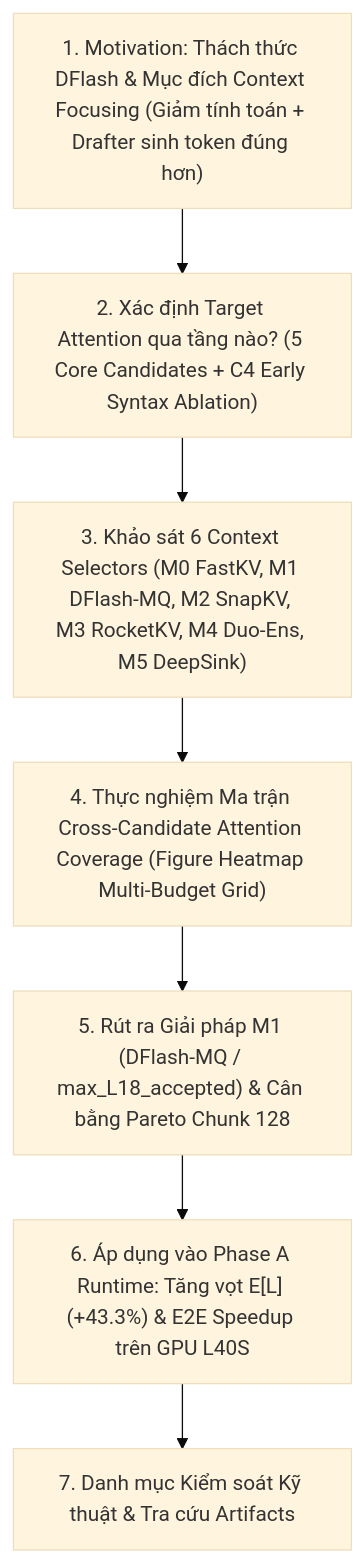
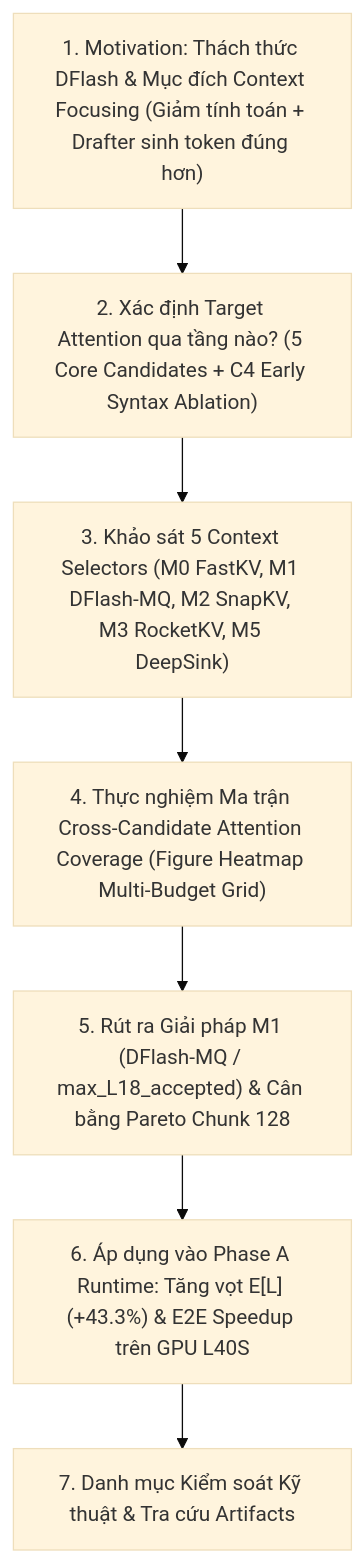
The diagram in docs/_INSIGHT/PHASE_A_MASTER.md (tranphuc15122004/fast_infer_for_text_sum), drawn with Mermaid (base theme) before and after one commit. The commit also changed 3 other files, not shown here.

````diff
--- a/docs/_INSIGHT/PHASE_A_MASTER.md
+++ b/docs/_INSIGHT/PHASE_A_MASTER.md
@@ -9,10 +9,10 @@
 ```mermaid
 flowchart TD
     A["1. Motivation: Thách thức DFlash & Mục đích Context Focusing (Giảm tính toán + Drafter sinh token đúng hơn)"] 
     --> B["2. Xác định Target Attention qua tầng nào? (5 Core Candidates + C4 Early Syntax Ablation)"]
-    --> C["3. Khảo sát 6 Context Selectors (M0 FastKV, M1 DFlash-MQ, M2 SnapKV, M3 RocketKV, M4 Duo-Ens, M5 DeepSink)"]
+    --> C["3. Khảo sát 5 Context Selectors (M0 FastKV, M1 DFlash-MQ, M2 SnapKV, M3 RocketKV, M5 DeepSink)"]
     --> D["4. Thực nghiệm Ma trận Cross-Candidate Attention Coverage (Figure Heatmap Multi-Budget Grid)"]
     --> E["5. Rút ra Giải pháp M1 (DFlash-MQ / max_L18_accepted) & Cân bằng Pareto Chunk 128"]
     --> F["6. Áp dụng vào Phase A Runtime: Tăng vọt E[L] (+43.3%) & E2E Speedup trên GPU L40S"]
     --> G["7. Danh mục Kiểm soát Kỹ thuật & Tra cứu Artifacts"]
 ```
````
